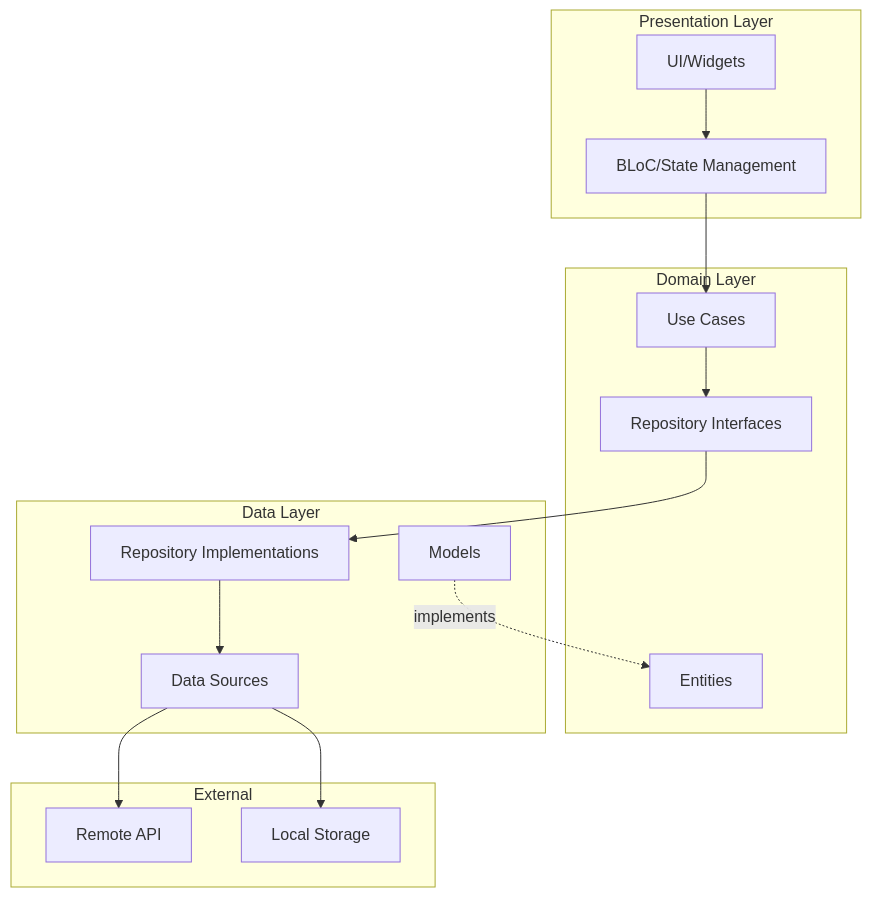
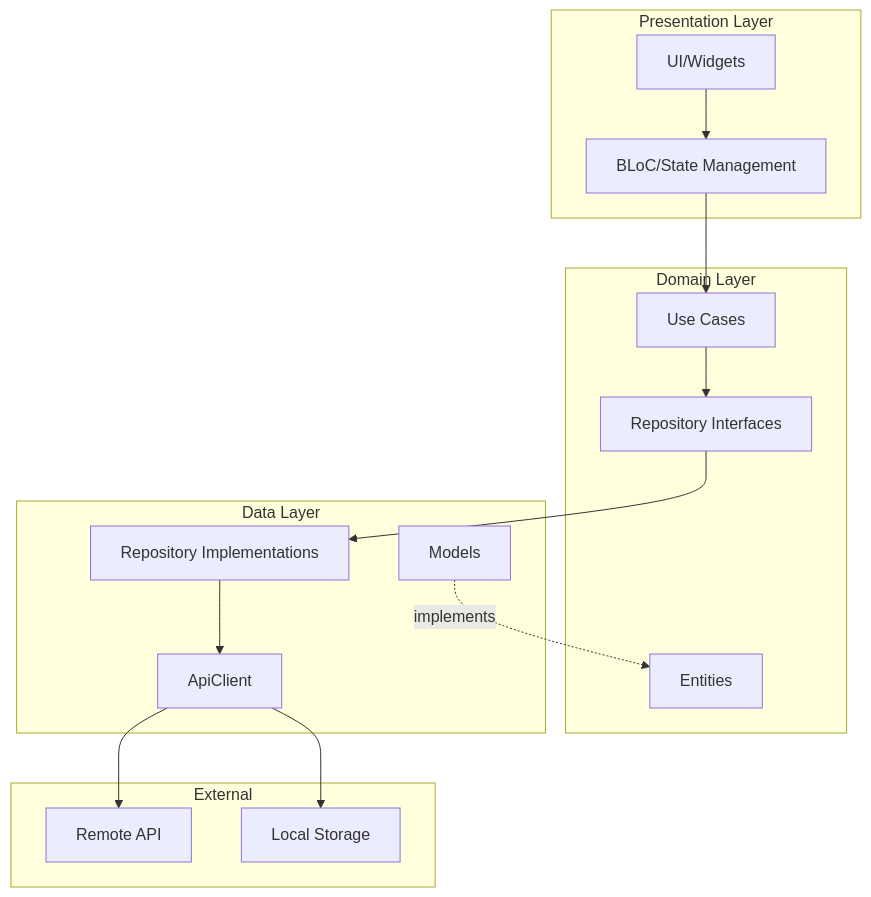
Before and after one commit to Devweave/flutter-boilerplate: the diagram in docs/architecture/overview.md, drawn with Mermaid. The commit also changed other lines of this file and 11 other files, not shown here.

Commit message:
feat: Simplify data layer by removing remote data sources, introducing `ApiClient` direct usage, and centralizing error handling with `DioErrorHandler` and `Result` type.

````diff
--- a/docs/architecture/overview.md
+++ b/docs/architecture/overview.md
@@ -7,33 +7,33 @@
 ```mermaid
 graph TB
     subgraph Presentation Layer
         UI[UI/Widgets]
         BLoC[BLoC/State Management]
     end
     
     subgraph Domain Layer
         UC[Use Cases]
         E[Entities]
         R[Repository Interfaces]
     end
     
     subgraph Data Layer
         RI[Repository Implementations]
-        DS[Data Sources]
         M[Models]
+        API[ApiClient]
     end
     
     subgraph External
-        API[Remote API]
-        DB[Local Storage]
+        Remote[Remote API]
+        Local[Local Storage]
     end
     
     UI --> BLoC
     BLoC --> UC
     UC --> R
     R --> RI
-    RI --> DS
-    DS --> API
-    DS --> DB
+    RI --> API
+    API --> Remote
+    API --> Local
     M -.implements.-> E
 ```
````
